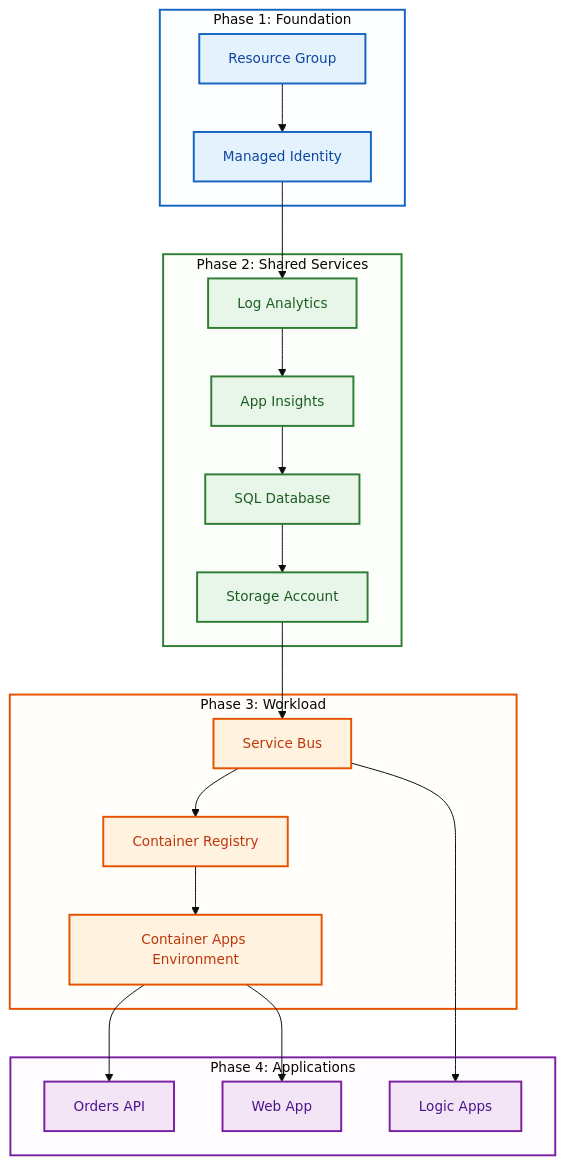
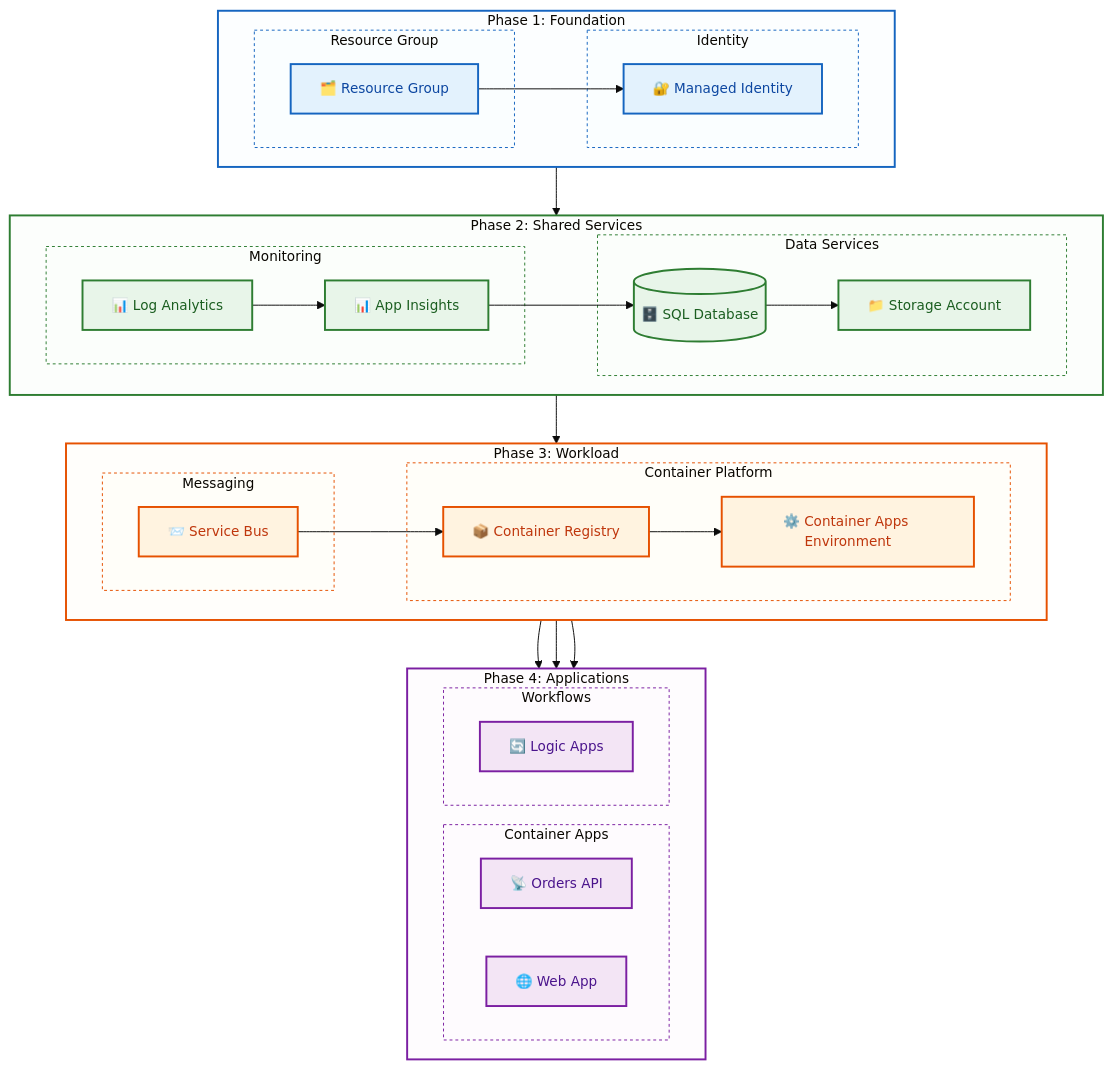
One commit to Evilazaro/Azure-LogicApps-Monitoring changed the third of 4 diagrams in docs/architecture/07-deployment-architecture.md. Above: the diagram before and after it, drawn with Mermaid. The commit also changed other lines of this file, not shown here.

Commit message:
Refactor deployment architecture diagram with improved subgraph organization and styling for enhanced clarity and visual grouping

````diff
--- a/docs/architecture/07-deployment-architecture.md
+++ b/docs/architecture/07-deployment-architecture.md
@@ -253,27 +287,47 @@
 %%{init: {'theme': 'base', 'themeVariables': { 'fontSize': '14px'}}}%%
 flowchart TB
     subgraph Phase1["Phase 1: Foundation"]
-        RG["Resource Group"]
-        MI["Managed Identity"]
+        direction LR
+        subgraph ResourceGroup["Resource Group"]
+            RG["🗂️ Resource Group"]
+        end
+        subgraph Identity["Identity"]
+            MI["🔐 Managed Identity"]
+        end
     end
 
     subgraph Phase2["Phase 2: Shared Services"]
-        LAW["Log Analytics"]
-        AI["App Insights"]
-        SQL["SQL Database"]
-        Storage["Storage Account"]
+        direction LR
+        subgraph Monitoring["Monitoring"]
+            LAW["📊 Log Analytics"]
+            AI["📊 App Insights"]
+        end
+        subgraph DataServices["Data Services"]
+            SQL[("🗄️ SQL Database")]
+            Storage["📁 Storage Account"]
+        end
     end
 
     subgraph Phase3["Phase 3: Workload"]
-        SB["Service Bus"]
-        ACR["Container Registry"]
-        CAE["Container Apps Environment"]
+        direction LR
+        subgraph Messaging["Messaging"]
+            SB["📨 Service Bus"]
+        end
+        subgraph ContainerPlatform["Container Platform"]
+            ACR["📦 Container Registry"]
+            CAE["⚙️ Container Apps Environment"]
+        end
     end
 
     subgraph Phase4["Phase 4: Applications"]
-        API["Orders API"]
-        Web["Web App"]
-        LA["Logic Apps"]
+        direction LR
+        subgraph ContainerApps["Container Apps"]
+            API["📡 Orders API"]
+            Web["🌐 Web App"]
+        end
+        subgraph Workflows["Workflows"]
+            LA["🔄 Logic Apps"]
+        end
     end
 
     RG --> MI
@@ -306,4 +360,12 @@
     style Phase2 fill:#e8f5e922,stroke:#2e7d32,stroke-width:2px
     style Phase3 fill:#fff3e022,stroke:#e65100,stroke-width:2px
     style Phase4 fill:#f3e5f522,stroke:#7b1fa2,stroke-width:2px
+    style ResourceGroup fill:#e3f2fd11,stroke:#1565c0,stroke-width:1px,stroke-dasharray:3
+    style Identity fill:#e3f2fd11,stroke:#1565c0,stroke-width:1px,stroke-dasharray:3
+    style Monitoring fill:#e8f5e911,stroke:#2e7d32,stroke-width:1px,stroke-dasharray:3
+    style DataServices fill:#e8f5e911,stroke:#2e7d32,stroke-width:1px,stroke-dasharray:3
+    style Messaging fill:#fff3e011,stroke:#e65100,stroke-width:1px,stroke-dasharray:3
+    style ContainerPlatform fill:#fff3e011,stroke:#e65100,stroke-width:1px,stroke-dasharray:3
+    style ContainerApps fill:#f3e5f511,stroke:#7b1fa2,stroke-width:1px,stroke-dasharray:3
+    style Workflows fill:#f3e5f511,stroke:#7b1fa2,stroke-width:1px,stroke-dasharray:3
 ```
````
